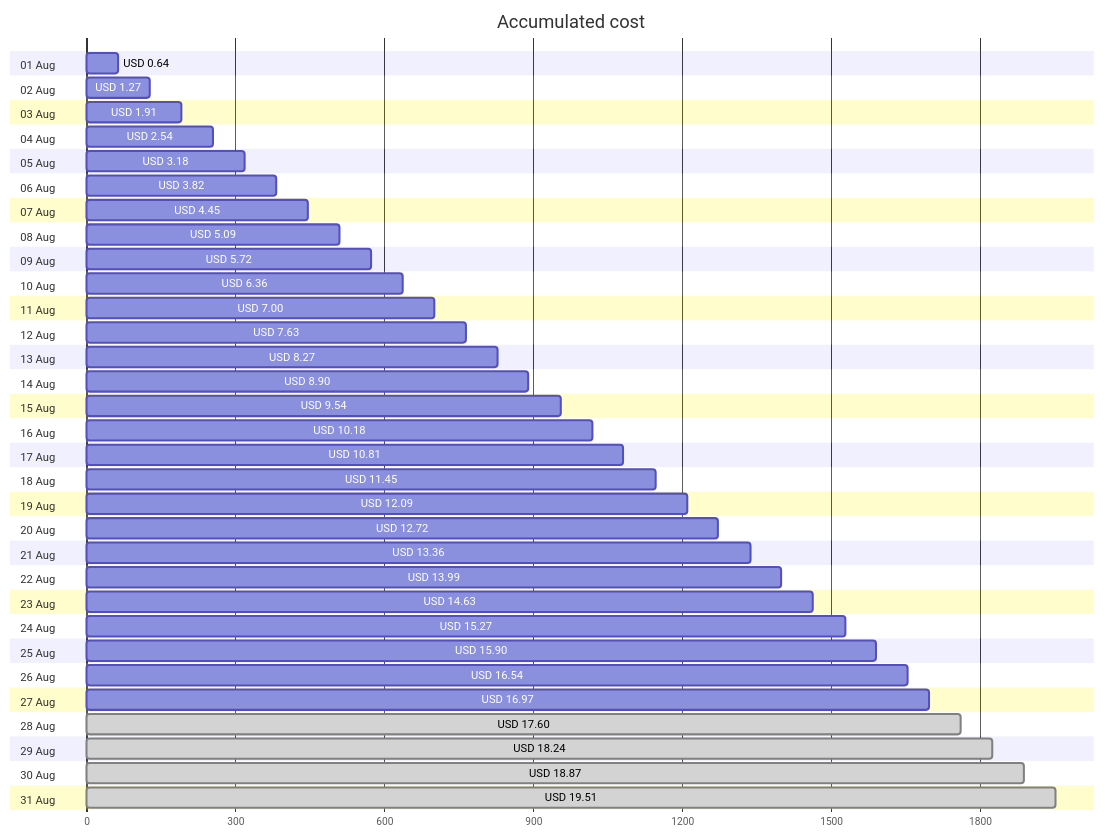
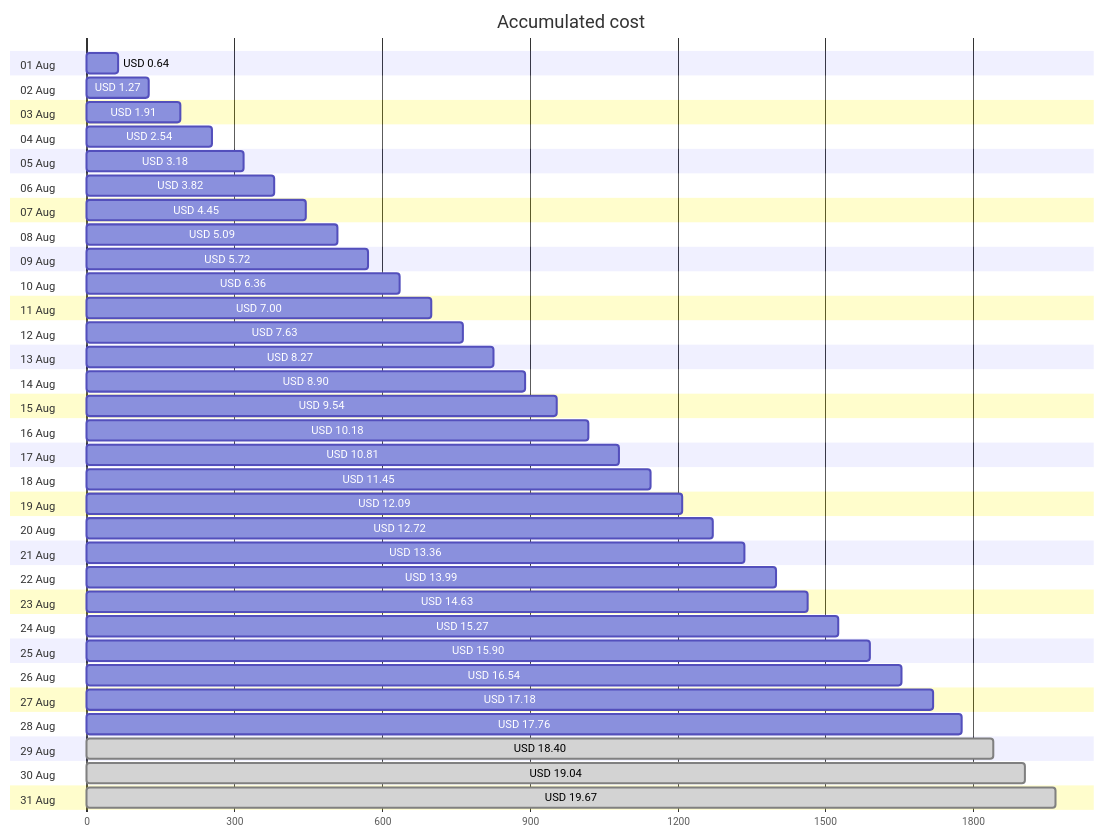
Before and after one commit to jpfulton/azure-personal-reports: the first of 4 diagrams in cost-reports/accumulated-cost.md, drawn with Mermaid. The commit also changed other lines of this file and 4 other files, not shown here.

````diff
--- a/cost-reports/accumulated-cost.md
+++ b/cost-reports/accumulated-cost.md
@@ -20,68 +20,68 @@
 ```mermaid
 gantt
    title Accumulated cost
    dateFormat  X
    axisFormat %s
    section 01 Aug
    USD 0.64 :0, 64
    section 02 Aug
    USD 1.27 :0, 127
    section 03 Aug
    USD 1.91 :0, 191
    section 04 Aug
    USD 2.54 :0, 254
    section 05 Aug
    USD 3.18 :0, 318
    section 06 Aug
    USD 3.82 :0, 382
    section 07 Aug
    USD 4.45 :0, 445
    section 08 Aug
    USD 5.09 :0, 509
    section 09 Aug
    USD 5.72 :0, 572
    section 10 Aug
    USD 6.36 :0, 636
    section 11 Aug
    USD 7.00 :0, 700
    section 12 Aug
    USD 7.63 :0, 763
    section 13 Aug
    USD 8.27 :0, 827
    section 14 Aug
    USD 8.90 :0, 890
    section 15 Aug
    USD 9.54 :0, 954
    section 16 Aug
    USD 10.18 :0, 1018
    section 17 Aug
    USD 10.81 :0, 1081
    section 18 Aug
    USD 11.45 :0, 1145
    section 19 Aug
    USD 12.09 :0, 1209
    section 20 Aug
    USD 12.72 :0, 1272
    section 21 Aug
    USD 13.36 :0, 1336
    section 22 Aug
    USD 13.99 :0, 1399
    section 23 Aug
    USD 14.63 :0, 1463
    section 24 Aug
    USD 15.27 :0, 1527
    section 25 Aug
    USD 15.90 :0, 1590
    section 26 Aug
    USD 16.54 :0, 1654
    section 27 Aug
-   USD 16.97 :0, 1697
+   USD 17.18 :0, 1718
    section 28 Aug
-   USD 17.60 : done, 0, 1760
+   USD 17.76 :0, 1776
    section 29 Aug
-   USD 18.24 : done, 0, 1824
+   USD 18.40 : done, 0, 1840
    section 30 Aug
-   USD 18.87 : done, 0, 1887
+   USD 19.04 : done, 0, 1904
    section 31 Aug
-   USD 19.51 : done, 0, 1951
+   USD 19.67 : done, 0, 1967
 ```
````
